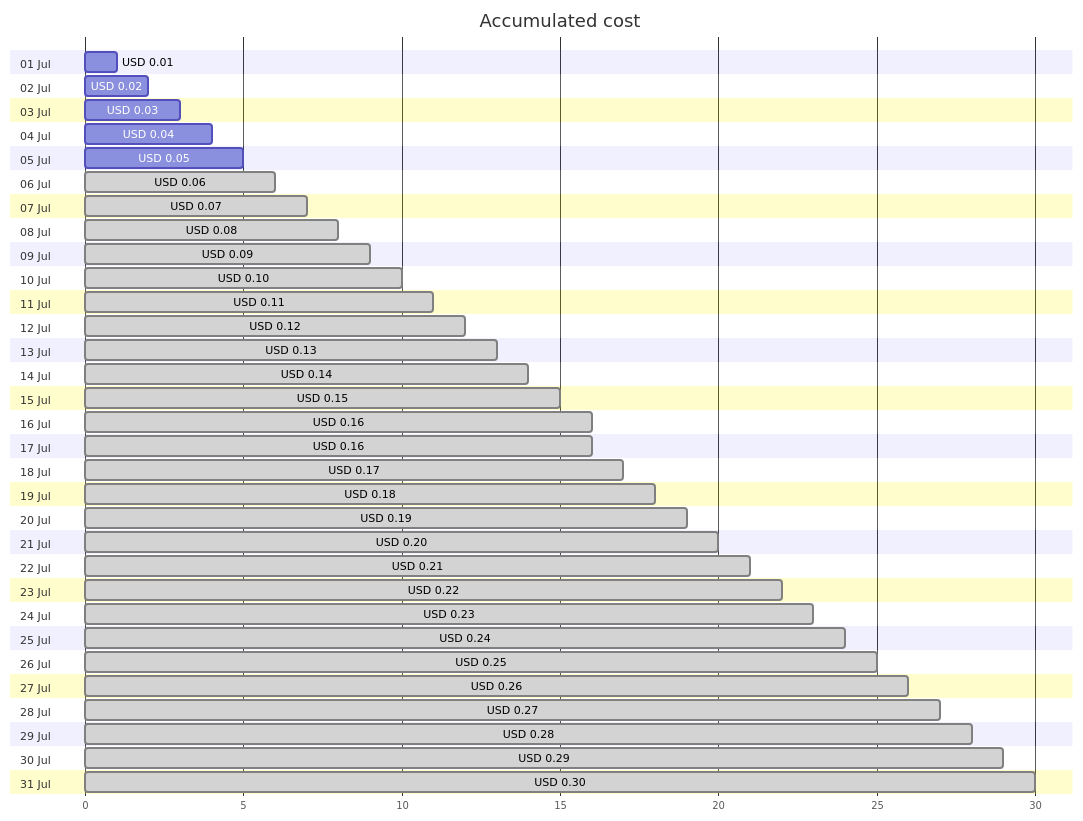
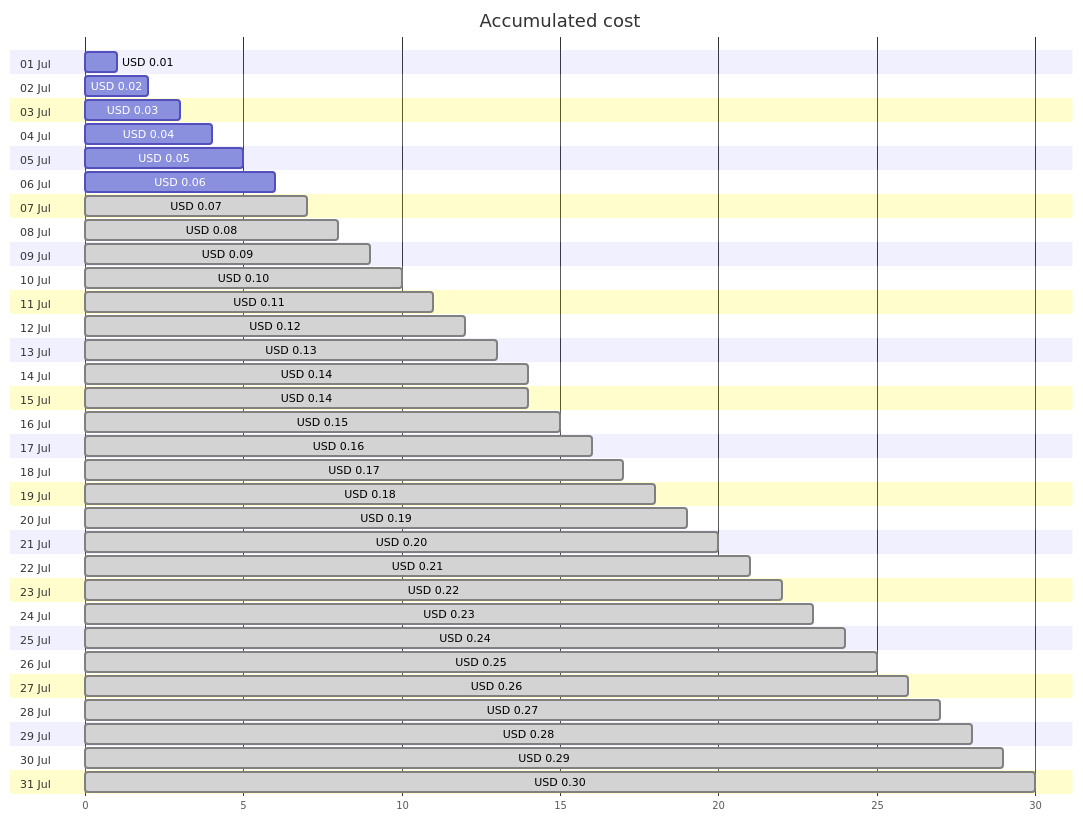
Before and after one commit to jpfulton/azure-personal-reports: the first of 4 diagrams in cost-reports/cloud-shell-storage-eastus/README.md, drawn with Mermaid. The commit also changed other lines of this file and 1 other file, not shown here.

````diff
--- a/cost-reports/cloud-shell-storage-eastus/README.md
+++ b/cost-reports/cloud-shell-storage-eastus/README.md
@@ -20,68 +20,68 @@
 ```mermaid
 gantt
    title Accumulated cost
    dateFormat  X
    axisFormat %s
    section 01 Jul
    USD 0.01 :0, 1
    section 02 Jul
    USD 0.02 :0, 2
    section 03 Jul
    USD 0.03 :0, 3
    section 04 Jul
    USD 0.04 :0, 4
    section 05 Jul
    USD 0.05 :0, 5
    section 06 Jul
-   USD 0.06 : done, 0, 6
+   USD 0.06 :0, 6
    section 07 Jul
    USD 0.07 : done, 0, 7
    section 08 Jul
    USD 0.08 : done, 0, 8
    section 09 Jul
    USD 0.09 : done, 0, 9
    section 10 Jul
    USD 0.10 : done, 0, 10
    section 11 Jul
    USD 0.11 : done, 0, 11
    section 12 Jul
    USD 0.12 : done, 0, 12
    section 13 Jul
    USD 0.13 : done, 0, 13
    section 14 Jul
    USD 0.14 : done, 0, 14
    section 15 Jul
+   USD 0.14 : done, 0, 14
+   section 16 Jul
    USD 0.15 : done, 0, 15
-   section 16 Jul
-   USD 0.16 : done, 0, 16
    section 17 Jul
    USD 0.16 : done, 0, 16
    section 18 Jul
    USD 0.17 : done, 0, 17
    section 19 Jul
    USD 0.18 : done, 0, 18
    section 20 Jul
    USD 0.19 : done, 0, 19
    section 21 Jul
    USD 0.20 : done, 0, 20
    section 22 Jul
    USD 0.21 : done, 0, 21
    section 23 Jul
    USD 0.22 : done, 0, 22
    section 24 Jul
    USD 0.23 : done, 0, 23
    section 25 Jul
    USD 0.24 : done, 0, 24
    section 26 Jul
    USD 0.25 : done, 0, 25
    section 27 Jul
    USD 0.26 : done, 0, 26
    section 28 Jul
    USD 0.27 : done, 0, 27
    section 29 Jul
    USD 0.28 : done, 0, 28
    section 30 Jul
    USD 0.29 : done, 0, 29
    section 31 Jul
    USD 0.30 : done, 0, 30
 ```
````
